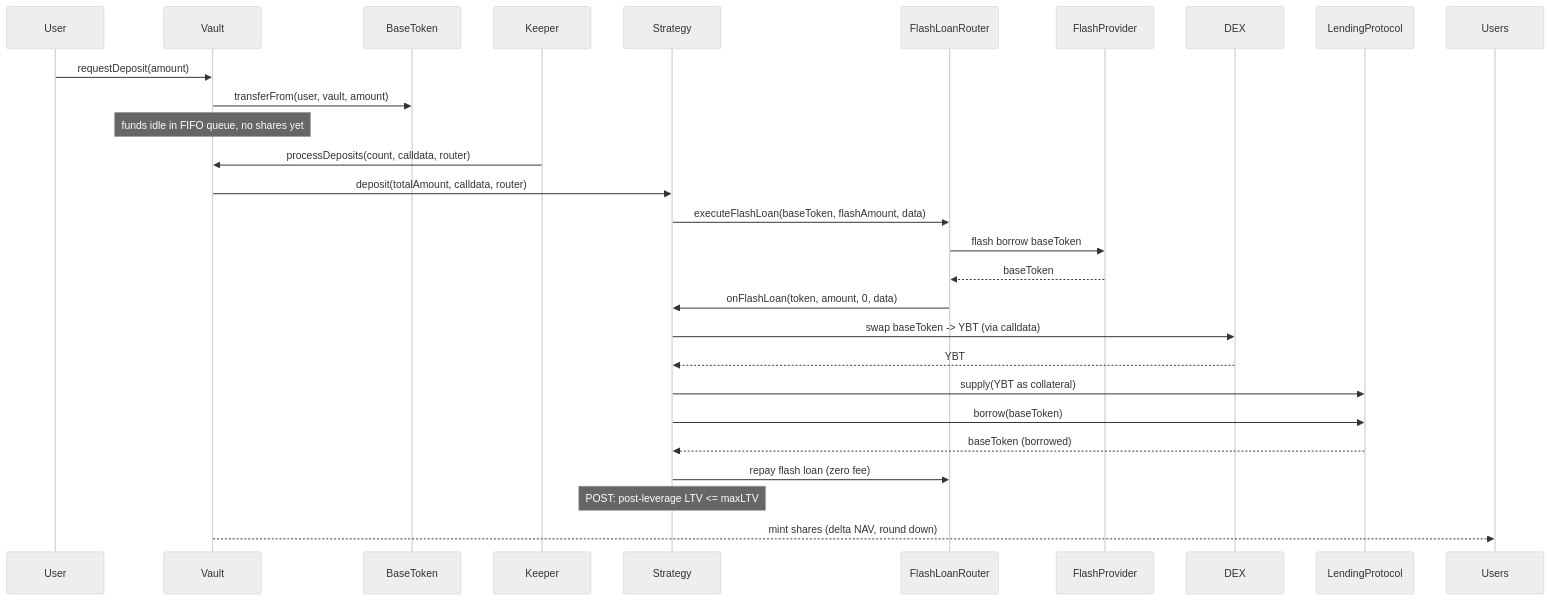
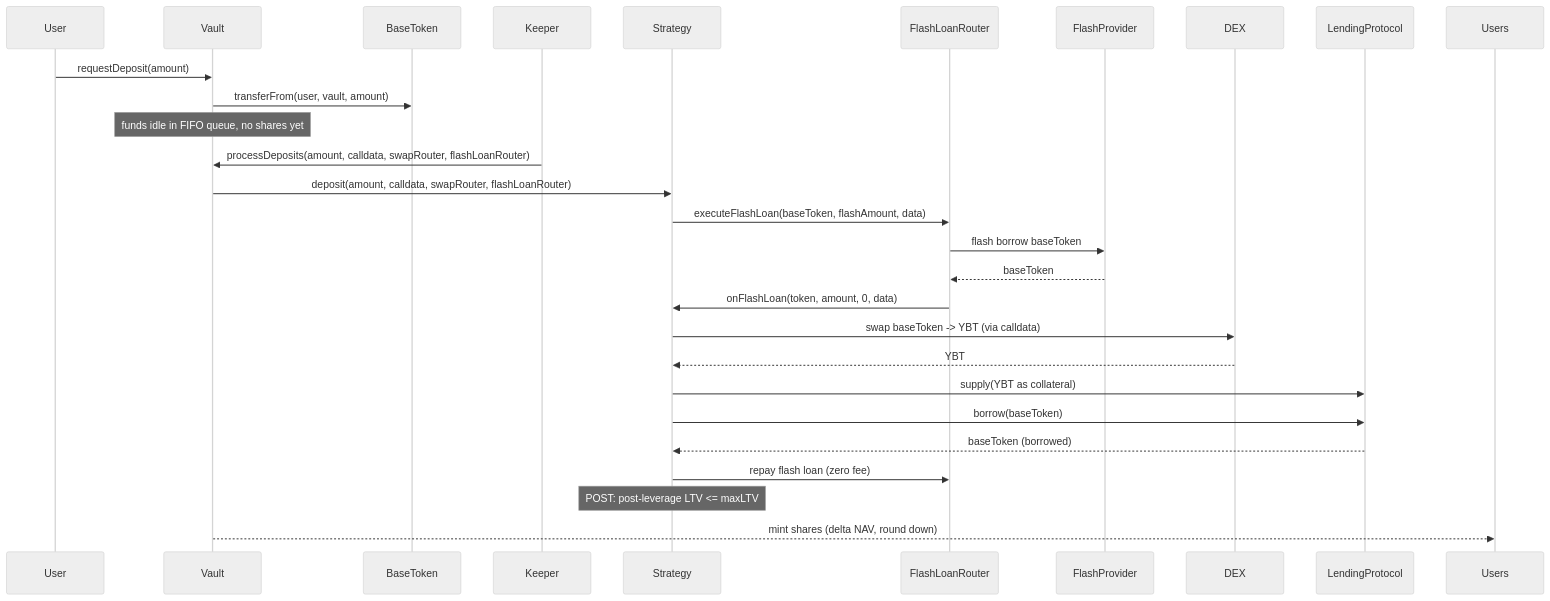
Before and after one commit to evgenynacu/leverage-vaults: the first of 8 diagrams in docs/architecture/token-flows.md, drawn with Mermaid (neutral theme). The commit also changed other lines of this file and 25 other files, not shown here.

````diff
--- a/docs/architecture/token-flows.md
+++ b/docs/architecture/token-flows.md
@@ -5,20 +7,20 @@
 ```mermaid
 sequenceDiagram
     User->>Vault: requestDeposit(amount)
     Vault->>BaseToken: transferFrom(user, vault, amount)
     Note over Vault: funds idle in FIFO queue, no shares yet
-    Keeper->>Vault: processDeposits(count, calldata, router)
-    Vault->>Strategy: deposit(totalAmount, calldata, router)
+    Keeper->>Vault: processDeposits(amount, calldata, swapRouter, flashLoanRouter)
+    Vault->>Strategy: deposit(amount, calldata, swapRouter, flashLoanRouter)
     Strategy->>FlashLoanRouter: executeFlashLoan(baseToken, flashAmount, data)
     FlashLoanRouter->>FlashProvider: flash borrow baseToken
     FlashProvider-->>FlashLoanRouter: baseToken
     FlashLoanRouter->>Strategy: onFlashLoan(token, amount, 0, data)
     Strategy->>DEX: swap baseToken -> YBT (via calldata)
     DEX-->>Strategy: YBT
     Strategy->>LendingProtocol: supply(YBT as collateral)
     Strategy->>LendingProtocol: borrow(baseToken)
     LendingProtocol-->>Strategy: baseToken (borrowed)
     Strategy->>FlashLoanRouter: repay flash loan (zero fee)
     Note over Strategy: POST: post-leverage LTV <= maxLTV
     Vault-->>Users: mint shares (delta NAV, round down)
 ```
````
